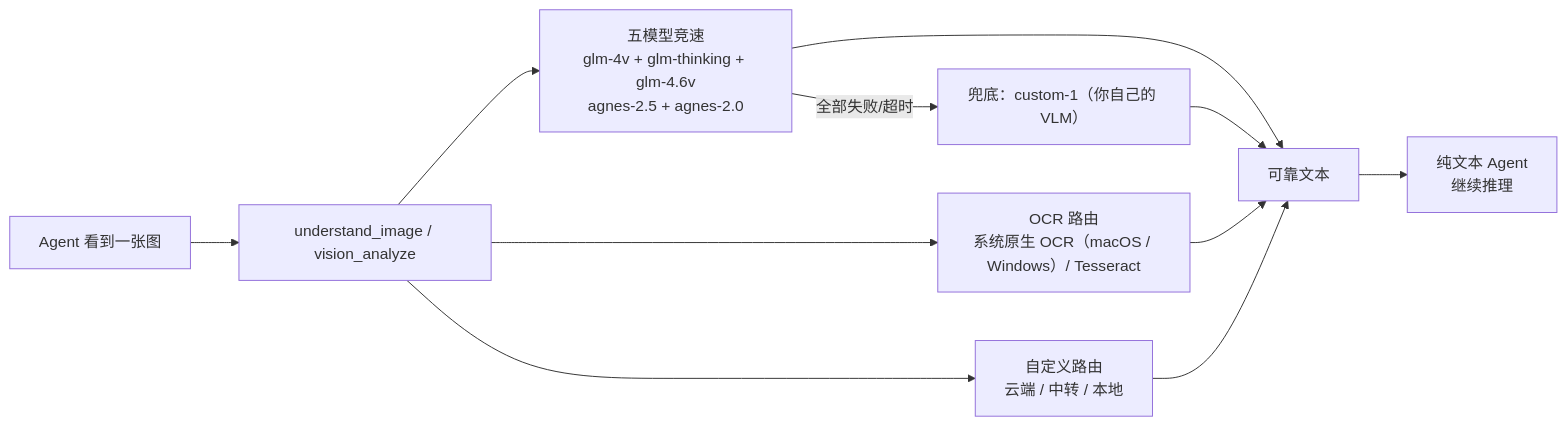
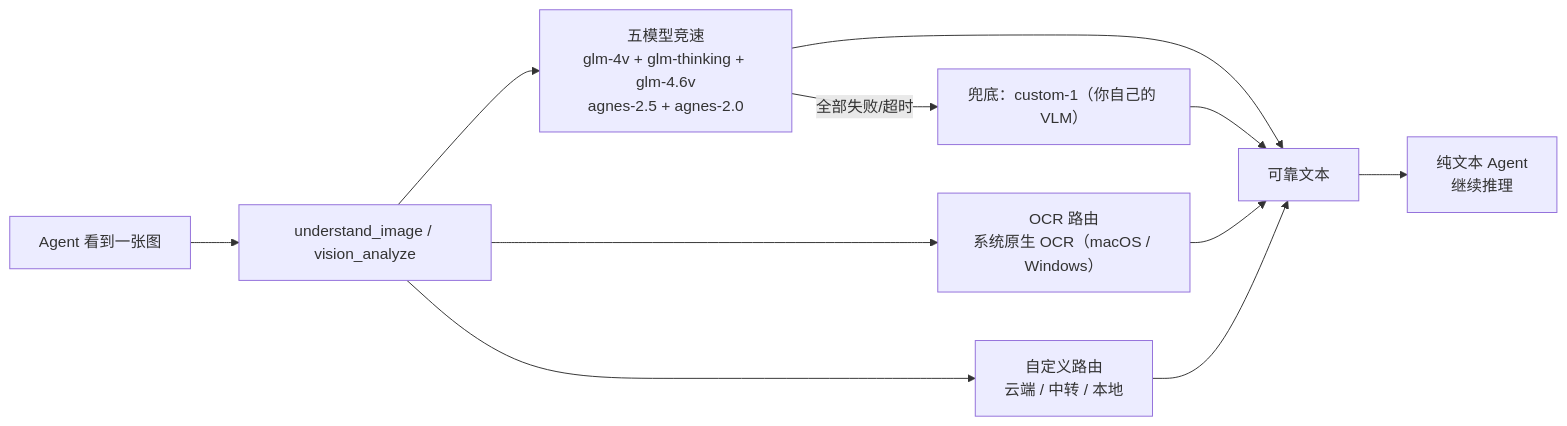
One commit to LaconicChip/vision-mcp changed the diagram in README.zh-CN.md. Above: the diagram before and after it, drawn with Mermaid. The commit also changed other lines of this file and 6 other files, not shown here.

First line of the commit message:
refactor: drop Linux/tesseract OCR, clean redundant code

````diff
--- a/README.zh-CN.md
+++ b/README.zh-CN.md
@@ -59,13 +59,13 @@
 ```mermaid
 flowchart LR
     A["Agent 看到一张图"] --> B["understand_image / vision_analyze"]
     B --> R["五模型竞速<br/>glm-4v + glm-thinking + glm-4.6v<br/>agnes-2.5 + agnes-2.0"]
-    B --> O["OCR 路由<br/>系统原生 OCR（macOS / Windows）/ Tesseract"]
+    B --> O["OCR 路由<br/>系统原生 OCR（macOS / Windows）"]
     B --> C["自定义路由<br/>云端 / 中转 / 本地"]
     R --> T["可靠文本"]
     O --> T
     C --> T
     R -- "全部失败/超时" --> V["兜底：custom-1（你自己的 VLM）"]
     V --> T
     T --> D["纯文本 Agent<br/>继续推理"]
 ```
````
